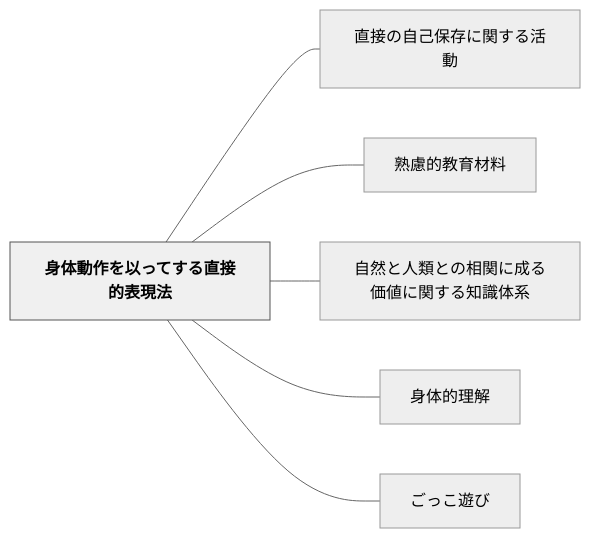
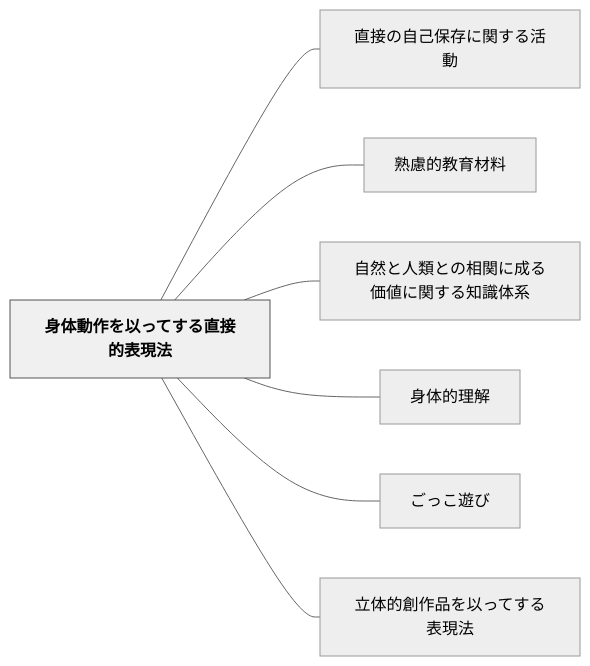
One commit to unknownthings-ed-patterns/unknownthings-ed-patterns changed the diagram in content/パタン/身体動作を以ってする直接的表現法.md. Above: the diagram before and after it, drawn with Mermaid (neutral theme). The commit also changed other lines of this file and 100 other files, not shown here.

````diff
--- a/content/パタン/身体動作を以ってする直接的表現法.md
+++ b/content/パタン/身体動作を以ってする直接的表現法.md
@@ -46,18 +47,20 @@
 ```mermaid
 flowchart LR
     ne8baabe4bd93e58b95e4bd9ce38292e4bba5e381a3e381a6e38199e3828be79bb4e68ea5e79a84e8a1a8e78fbee6b395["身体動作を以ってする直接的表現法"]
     ne79bb4e68ea5e381aee887aae5b7b1e4bf9de5ad98e381abe996a2e38199e3828be6b4bbe58b95["直接の自己保存に関する活動"]
     ne7869fe685aee79a84e69599e882b2e69d90e69699["熟慮的教育材料"]
     ne887aae784b6e381a8e4babae9a19ee381a8e381aee79bb8e996a2e381abe68890e3828be4bea1e580a4e381abe996a2e38199e3828be79fa5e8ad98e4bd93e7b3bb["自然と人類との相関に成る価値に関する知識体系"]
     ne8baabe4bd93e79a84e79086e8a7a3["身体的理解"]
     ne38194e381a3e38193e9818ae381b3["ごっこ遊び"]
+    ne7ab8be4bd93e79a84e589b5e4bd9ce59381e38292e4bba5e381a3e381a6e38199e3828be8a1a8e78fbee6b395["立体的創作品を以ってする表現法"]
 
     ne8baabe4bd93e58b95e4bd9ce38292e4bba5e381a3e381a6e38199e3828be79bb4e68ea5e79a84e8a1a8e78fbee6b395 --- ne79bb4e68ea5e381aee887aae5b7b1e4bf9de5ad98e381abe996a2e38199e3828be6b4bbe58b95
     ne8baabe4bd93e58b95e4bd9ce38292e4bba5e381a3e381a6e38199e3828be79bb4e68ea5e79a84e8a1a8e78fbee6b395 --- ne7869fe685aee79a84e69599e882b2e69d90e69699
     ne8baabe4bd93e58b95e4bd9ce38292e4bba5e381a3e381a6e38199e3828be79bb4e68ea5e79a84e8a1a8e78fbee6b395 --- ne887aae784b6e381a8e4babae9a19ee381a8e381aee79bb8e996a2e381abe68890e3828be4bea1e580a4e381abe996a2e38199e3828be79fa5e8ad98e4bd93e7b3bb
     ne8baabe4bd93e58b95e4bd9ce38292e4bba5e381a3e381a6e38199e3828be79bb4e68ea5e79a84e8a1a8e78fbee6b395 --- ne8baabe4bd93e79a84e79086e8a7a3
     ne8baabe4bd93e58b95e4bd9ce38292e4bba5e381a3e381a6e38199e3828be79bb4e68ea5e79a84e8a1a8e78fbee6b395 --- ne38194e381a3e38193e9818ae381b3
+    ne8baabe4bd93e58b95e4bd9ce38292e4bba5e381a3e381a6e38199e3828be79bb4e68ea5e79a84e8a1a8e78fbee6b395 --- ne7ab8be4bd93e79a84e589b5e4bd9ce59381e38292e4bba5e381a3e381a6e38199e3828be8a1a8e78fbee6b395
 
     classDef hub fill:#f0f0f0,stroke:#555,color:#000,font-weight:bold
     class ne8baabe4bd93e58b95e4bd9ce38292e4bba5e381a3e381a6e38199e3828be79bb4e68ea5e79a84e8a1a8e78fbee6b395 hub
 ```
````
